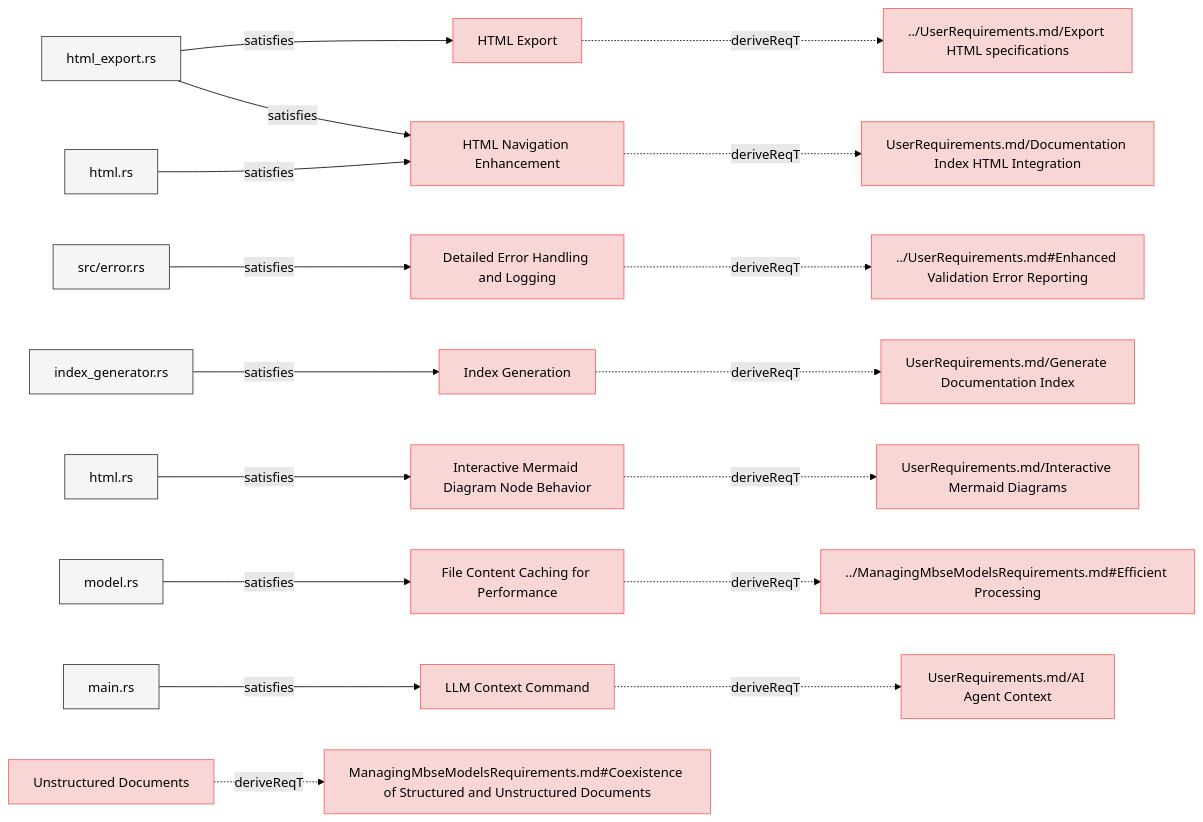
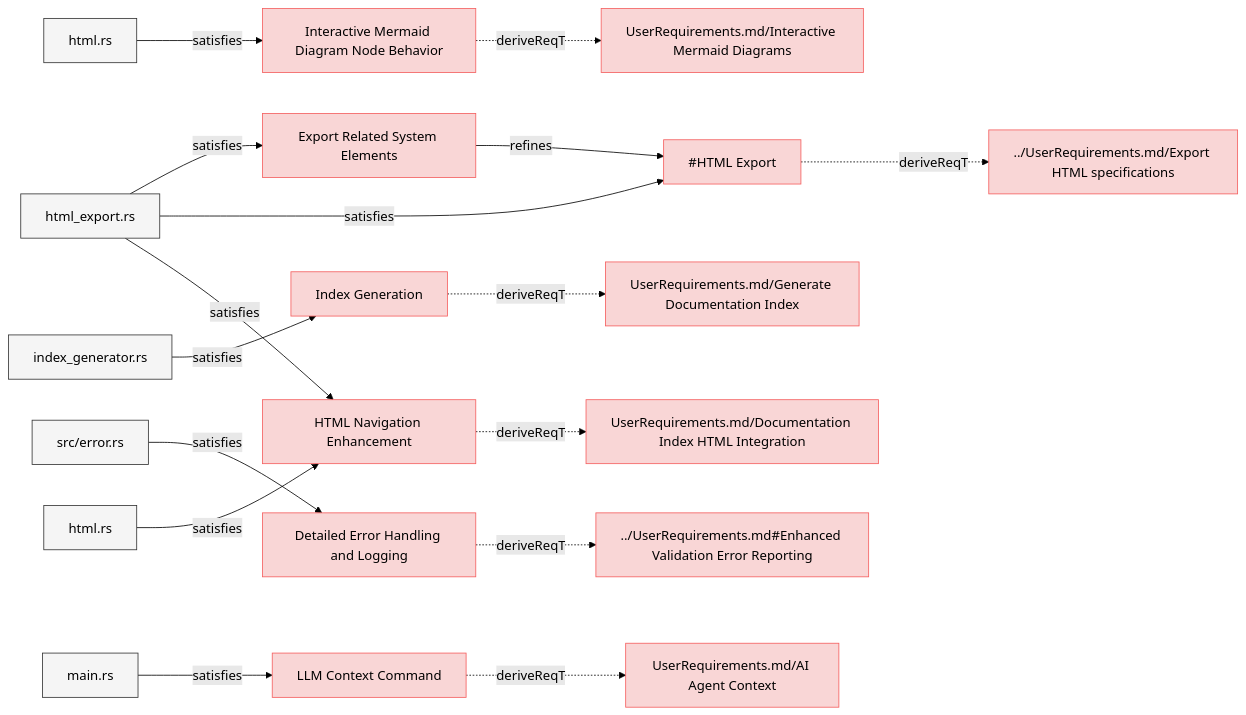
One commit to reqvire-org/reqvire changed the third of 7 diagrams in specifications/SystemRequirements/Requirements.md. Above: the diagram before and after it, drawn with Mermaid (forest theme). The commit also changed other lines of this file and 72 other files, not shown here.

Commit message:
Major rework of the logic in reqvire. It uses git repository root as root folder and everything else is relative to it. External folders and specifications folder concept has been deprecated.

````diff
--- a/specifications/SystemRequirements/Requirements.md
+++ b/specifications/SystemRequirements/Requirements.md
@@ -236,89 +292,76 @@
   classDef externalLink fill:#d0e0ff,stroke:#3080ff,stroke-width:1px;
   classDef default fill:#f5f5f5,stroke:#333333,stroke-width:1px;
 
-  a2b1d4ec64cbd441["HTML Export"];
-  click a2b1d4ec64cbd441 "https://github.com/Reqvire/reqvire/blob/ad88ba6b828e94c93382866fefd058c011c1ac60/specifications/SystemRequirements/Requirements.md#html-export";
+  1fa02ea7ed4b2adb["Export Related System Elements"];
+  click 1fa02ea7ed4b2adb "Requirements.md#export-related-system-elements";
+  class 1fa02ea7ed4b2adb requirement;
+  a2b1d4ec64cbd441["#HTML Export"];
   class a2b1d4ec64cbd441 requirement;
+  click a2b1d4ec64cbd441 "Requirements.md#html-export";
+  1fa02ea7ed4b2adb -->|refines| a2b1d4ec64cbd441;
+  5dbf1a3141d3defb["html_export.rs"];
+  class 5dbf1a3141d3defb default;
+  click 5dbf1a3141d3defb "../../core/src/html_export.rs";
+  5dbf1a3141d3defb -->|satisfies| 1fa02ea7ed4b2adb;
   d9686a154fe87b2["../UserRequirements.md/Export HTML specifications"];
   class d9686a154fe87b2 requirement;
-  click d9686a154fe87b2 "https://github.com/Reqvire/reqvire/blob/ad88ba6b828e94c93382866fefd058c011c1ac60/specifications/UserRequirements.md#export-html-specifications";
+  click d9686a154fe87b2 "../UserRequirements.md#export-html-specifications";
   a2b1d4ec64cbd441 -.->|deriveReqT| d9686a154fe87b2;
-  5dbf1a3141d3defb["html_export.rs"];
-  class 5dbf1a3141d3defb default;
-  click 5dbf1a3141d3defb "https://github.com/Reqvire/reqvire/blob/ad88ba6b828e94c93382866fefd058c011c1ac60/core/src/html_export.rs";
   5dbf1a3141d3defb -->|satisfies| a2b1d4ec64cbd441;
+  a17b8052345712d7["Interactive Mermaid Diagram Node Behavior"];
+  click a17b8052345712d7 "Requirements.md#interactive-mermaid-diagram-node-behavior";
+  class a17b8052345712d7 requirement;
+  b8997351b6f34048["UserRequirements.md/Interactive Mermaid Diagrams"];
+  class b8997351b6f34048 requirement;
+  click b8997351b6f34048 "../UserRequirements.md#interactive-mermaid-diagrams";
+  a17b8052345712d7 -.->|deriveReqT| b8997351b6f34048;
+  95f7dce6aff47396["html.rs"];
+  class 95f7dce6aff47396 default;
+  click 95f7dce6aff47396 "../../core/src/diagrams.rs";
+  95f7dce6aff47396 -->|satisfies| a17b8052345712d7;
+  3b4bfa0725509a0e["Index Generation"];
+  click 3b4bfa0725509a0e "Requirements.md#index-generation";
+  class 3b4bfa0725509a0e requirement;
+  9019be8bfdc22b35["UserRequirements.md/Generate Documentation Index"];
+  class 9019be8bfdc22b35 requirement;
+  click 9019be8bfdc22b35 "../UserRequirements.md#generate-documentation-index";
+  3b4bfa0725509a0e -.->|deriveReqT| 9019be8bfdc22b35;
+  3461f4a59371fd45["index_generator.rs"];
+  class 3461f4a59371fd45 default;
+  click 3461f4a59371fd45 "../../core/src/index_generator.rs";
+  3461f4a59371fd45 -->|satisfies| 3b4bfa0725509a0e;
   d72f6096b9a5dd8e["Detailed Error Handling and Logging"];
-  click d72f6096b9a5dd8e "https://github.com/Reqvire/reqvire/blob/ad88ba6b828e94c93382866fefd058c011c1ac60/specifications/SystemRequirements/Requirements.md#detailed-error-handling-and-logging";
+  click d72f6096b9a5dd8e "Requirements.md#detailed-error-handling-and-logging";
   class d72f6096b9a5dd8e requirement;
   3d2fe0b05ff9c8e3["../UserRequirements.md#Enhanced Validation Error Reporting"];
   class 3d2fe0b05ff9c8e3 requirement;
-  click 3d2fe0b05ff9c8e3 "https://github.com/Reqvire/reqvire/blob/ad88ba6b828e94c93382866fefd058c011c1ac60/specifications/UserRequirements.md#enhanced-validation-error-reporting";
+  click 3d2fe0b05ff9c8e3 "../UserRequirements.md#enhanced-validation-error-reporting";
   d72f6096b9a5dd8e -.->|deriveReqT| 3d2fe0b05ff9c8e3;
   af1374ae222fbd72["src/error.rs"];
   class af1374ae222fbd72 default;
-  click af1374ae222fbd72 "https://github.com/Reqvire/reqvire/blob/ad88ba6b828e94c93382866fefd058c011c1ac60/core/src/error.rs";
+  click af1374ae222fbd72 "../../core/src/error.rs";
   af1374ae222fbd72 -->|satisfies| d72f6096b9a5dd8e;
   1550bb73b8029cb["HTML Navigation Enhancement"];
-  click 1550bb73b8029cb "https://github.com/Reqvire/reqvire/blob/ad88ba6b828e94c93382866fefd058c011c1ac60/specifications/SystemRequirements/Requirements.md#html-navigation-enhancement";
+  click 1550bb73b8029cb "Requirements.md#html-navigation-enhancement";
   class 1550bb73b8029cb requirement;
   b5146db7aedfd66["UserRequirements.md/Documentation Index HTML Integration"];
   class b5146db7aedfd66 requirement;
-  click b5146db7aedfd66 "https://github.com/Reqvire/reqvire/blob/ad88ba6b828e94c93382866fefd058c011c1ac60/specifications/UserRequirements.md#documentation-index-html-integration";
+  click b5146db7aedfd66 "../UserRequirements.md#documentation-index-html-integration";
   1550bb73b8029cb -.->|deriveReqT| b5146db7aedfd66;
   59e3b5b3087497da["html.rs"];
   class 59e3b5b3087497da default;
-  click 59e3b5b3087497da "https://github.com/Reqvire/reqvire/blob/ad88ba6b828e94c93382866fefd058c011c1ac60/core/src/html.rs";
+  click 59e3b5b3087497da "../../core/src/html.rs";
   59e3b5b3087497da -->|satisfies| 1550bb73b8029cb;
   5dbf1a3141d3defb -->|satisfies| 1550bb73b8029cb;
-  3b4bfa0725509a0e["Index Generation"];
-  click 3b4bfa0725509a0e "https://github.com/Reqvire/reqvire/blob/ad88ba6b828e94c93382866fefd058c011c1ac60/specifications/SystemRequirements/Requirements.md#index-generation";
-  class 3b4bfa0725509a0e requirement;
-  9019be8bfdc22b35["UserRequirements.md/Generate Documentation Index"];
-  class 9019be8bfdc22b35 requirement;
-  click 9019be8bfdc22b35 "https://github.com/Reqvire/reqvire/blob/ad88ba6b828e94c93382866fefd058c011c1ac60/specifications/UserRequirements.md#generate-documentation-index";
-  3b4bfa0725509a0e -.->|deriveReqT| 9019be8bfdc22b35;
-  3461f4a59371fd45["index_generator.rs"];
-  class 3461f4a59371fd45 default;
-  click 3461f4a59371fd45 "https://github.com/Reqvire/reqvire/blob/ad88ba6b828e94c93382866fefd058c011c1ac60/core/src/index_generator.rs";
-  3461f4a59371fd45 -->|satisfies| 3b4bfa0725509a0e;
-  a17b8052345712d7["Interactive Mermaid Diagram Node Behavior"];
-  click a17b8052345712d7 "https://github.com/Reqvire/reqvire/blob/ad88ba6b828e94c93382866fefd058c011c1ac60/specifications/SystemRequirements/Requirements.md#interactive-mermaid-diagram-node-behavior";
-  class a17b8052345712d7 requirement;
-  b8997351b6f34048["UserRequirements.md/Interactive Mermaid Diagrams"];
-  class b8997351b6f34048 requirement;
-  click b8997351b6f34048 "https://github.com/Reqvire/reqvire/blob/ad88ba6b828e94c93382866fefd058c011c1ac60/specifications/UserRequirements.md#interactive-mermaid-diagrams";
-  a17b8052345712d7 -.->|deriveReqT| b8997351b6f34048;
-  95f7dce6aff47396["html.rs"];
-  class 95f7dce6aff47396 default;
-  click 95f7dce6aff47396 "https://github.com/Reqvire/reqvire/blob/ad88ba6b828e94c93382866fefd058c011c1ac60/core/src/diagrams.rs";
-  95f7dce6aff47396 -->|satisfies| a17b8052345712d7;
-  ea45d7ea45c8ee7e["File Content Caching for Performance"];
-  click ea45d7ea45c8ee7e "https://github.com/Reqvire/reqvire/blob/ad88ba6b828e94c93382866fefd058c011c1ac60/specifications/SystemRequirements/Requirements.md#file-content-caching-for-performance";
-  class ea45d7ea45c8ee7e requirement;
-  386d7b145d008870["../ManagingMbseModelsRequirements.md#Efficient Processing"];
-  class 386d7b145d008870 requirement;
-  click 386d7b145d008870 "https://github.com/Reqvire/reqvire/blob/ad88ba6b828e94c93382866fefd058c011c1ac60/specifications/ManagingMbseModelsRequirements.md#efficient-processing";
-  ea45d7ea45c8ee7e -.->|deriveReqT| 386d7b145d008870;
-  36fd2b1e82621caf["model.rs"];
-  class 36fd2b1e82621caf default;
-  click 36fd2b1e82621caf "https://github.com/Reqvire/reqvire/blob/ad88ba6b828e94c93382866fefd058c011c1ac60/core/src/model.rs";
-  36fd2b1e82621caf -->|satisfies| ea45d7ea45c8ee7e;
   d177913fffd1ed11["LLM Context Command"];
-  click d177913fffd1ed11 "https://github.com/Reqvire/reqvire/blob/ad88ba6b828e94c93382866fefd058c011c1ac60/specifications/SystemRequirements/Requirements.md#llm-context-command";
+  click d177913fffd1ed11 "Requirements.md#llm-context-command";
   class d177913fffd1ed11 requirement;
   7fd9156eac77c270["UserRequirements.md/AI Agent Context"];
   class 7fd9156eac77c270 requirement;
-  click 7fd9156eac77c270 "https://github.com/Reqvire/reqvire/blob/ad88ba6b828e94c93382866fefd058c011c1ac60/specifications/UserRequirements.md#ai-agent-context";
+  click 7fd9156eac77c270 "../UserRequirements.md#ai-agent-context";
   d177913fffd1ed11 -.->|deriveReqT| 7fd9156eac77c270;
   615a0f4ad2620118["main.rs"];
   class 615a0f4ad2620118 default;
-  click 615a0f4ad2620118 "https://github.com/Reqvire/reqvire/blob/ad88ba6b828e94c93382866fefd058c011c1ac60/cli/src/main.rs";
+  click 615a0f4ad2620118 "../../cli/src/main.rs";
   615a0f4ad2620118 -->|satisfies| d177913fffd1ed11;
-  3f1abb8fd2d7c9c2["Unstructured Documents"];
-  click 3f1abb8fd2d7c9c2 "https://github.com/Reqvire/reqvire/blob/ad88ba6b828e94c93382866fefd058c011c1ac60/specifications/SystemRequirements/Requirements.md#unstructured-documents";
-  class 3f1abb8fd2d7c9c2 requirement;
-  da5831ca85881025["ManagingMbseModelsRequirements.md#Coexistence of Structured and Unstructured Documents"];
-  class da5831ca85881025 requirement;
-  click da5831ca85881025 "https://github.com/Reqvire/reqvire/blob/ad88ba6b828e94c93382866fefd058c011c1ac60/specifications/ManagingMbseModelsRequirements.md#coexistence-of-structured-and-unstructured-documents";
-  3f1abb8fd2d7c9c2 -.->|deriveReqT| da5831ca85881025;
 ```
````
